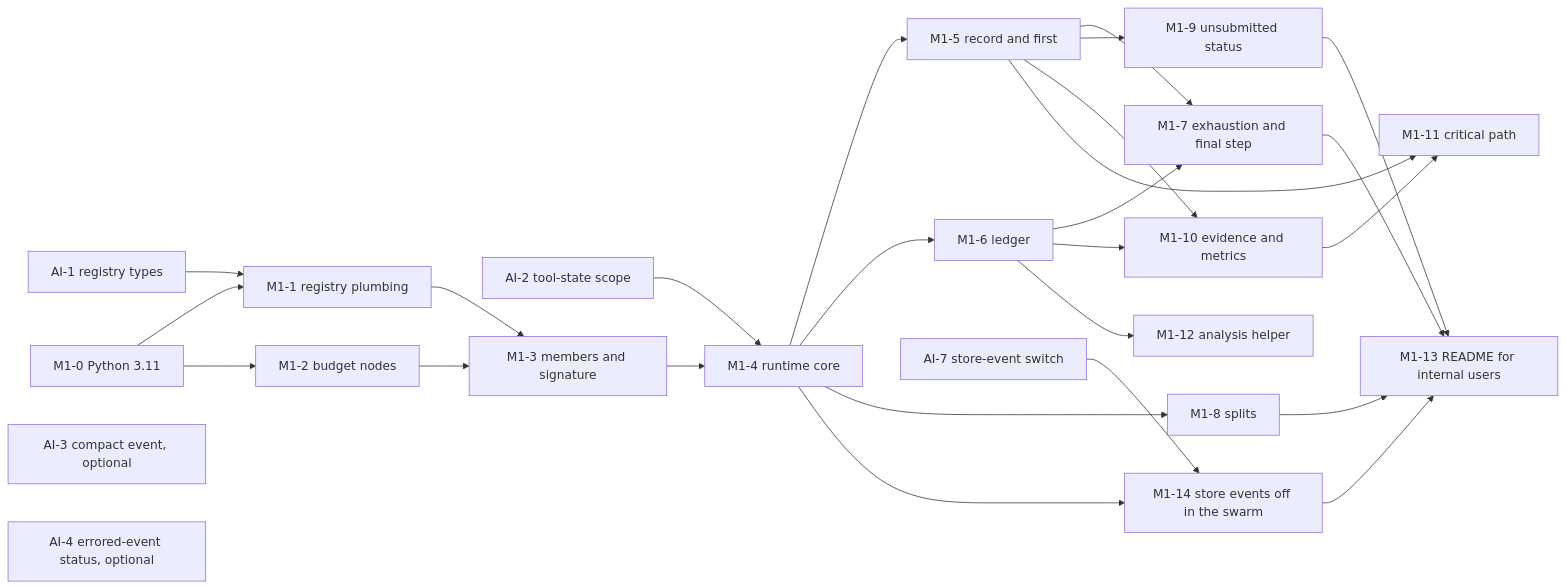
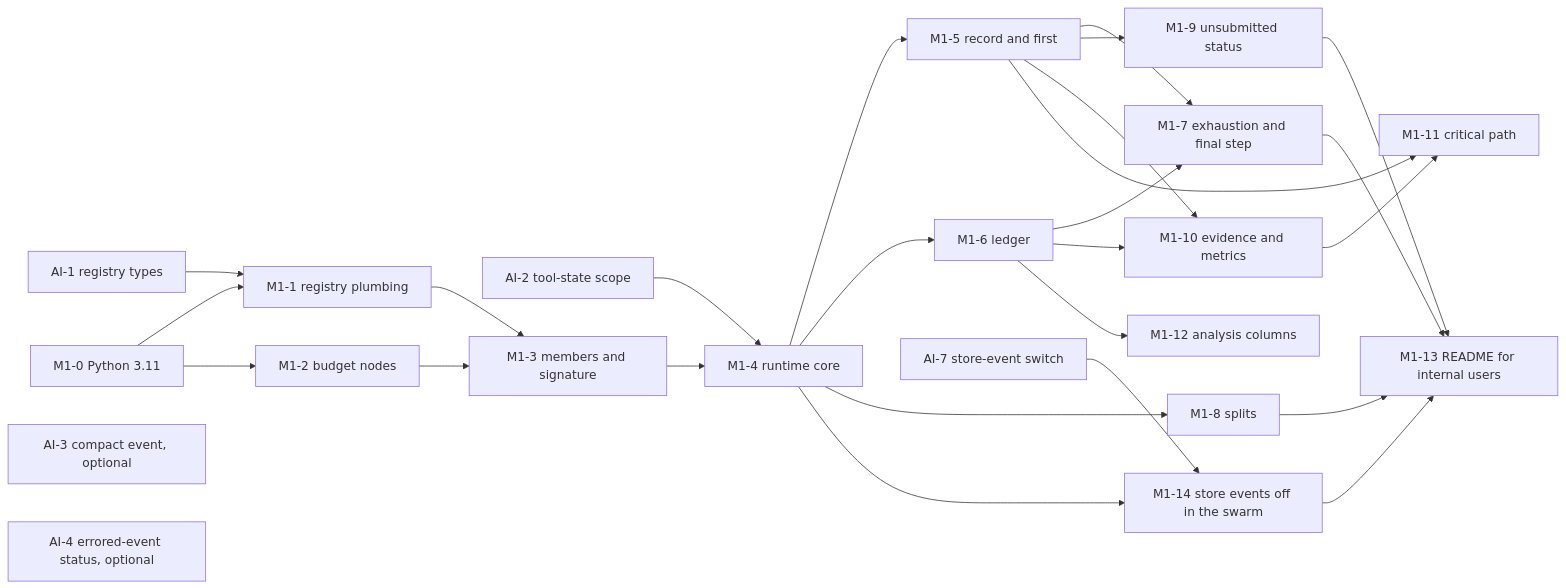
One commit to meridianlabs-ai/inspect_swarm changed the first of 2 diagrams in design/swarm-implementation-plan.md. Above: the diagram before and after it, drawn with Mermaid. The commit also changed other lines of this file and 11 other files, not shown here.

````diff
--- a/design/swarm-implementation-plan.md
+++ b/design/swarm-implementation-plan.md
@@ -117,29 +117,29 @@
 ```mermaid
 flowchart LR
   AI1[AI-1 registry types] --> M1_1
   AI2[AI-2 tool-state scope] --> M1_4
   M1_0[M1-0 Python 3.11] --> M1_1[M1-1 registry plumbing]
   M1_0 --> M1_2[M1-2 budget nodes]
   M1_1 --> M1_3[M1-3 members and signature]
   M1_2 --> M1_3
   M1_3 --> M1_4[M1-4 runtime core]
   M1_4 --> M1_5[M1-5 record and first]
   M1_4 --> M1_6[M1-6 ledger]
   M1_4 --> M1_8[M1-8 splits]
   M1_5 --> M1_7[M1-7 exhaustion and final step]
   M1_6 --> M1_7
   M1_5 --> M1_9[M1-9 unsubmitted status]
   M1_5 --> M1_10[M1-10 evidence and metrics]
   M1_6 --> M1_10
-  M1_6 --> M1_12[M1-12 analysis helper]
+  M1_6 --> M1_12[M1-12 analysis columns]
   M1_5 --> M1_11[M1-11 critical path]
   M1_10 --> M1_11
   M1_7 --> M1_13[M1-13 README for internal users]
   M1_8 --> M1_13
   M1_9 --> M1_13
   AI3[AI-3 compact event, optional]
   AI4[AI-4 errored-event status, optional]
   AI7[AI-7 store-event switch] --> M1_14[M1-14 store events off in the swarm]
   M1_4 --> M1_14
   M1_14 --> M1_13
 ```
````
